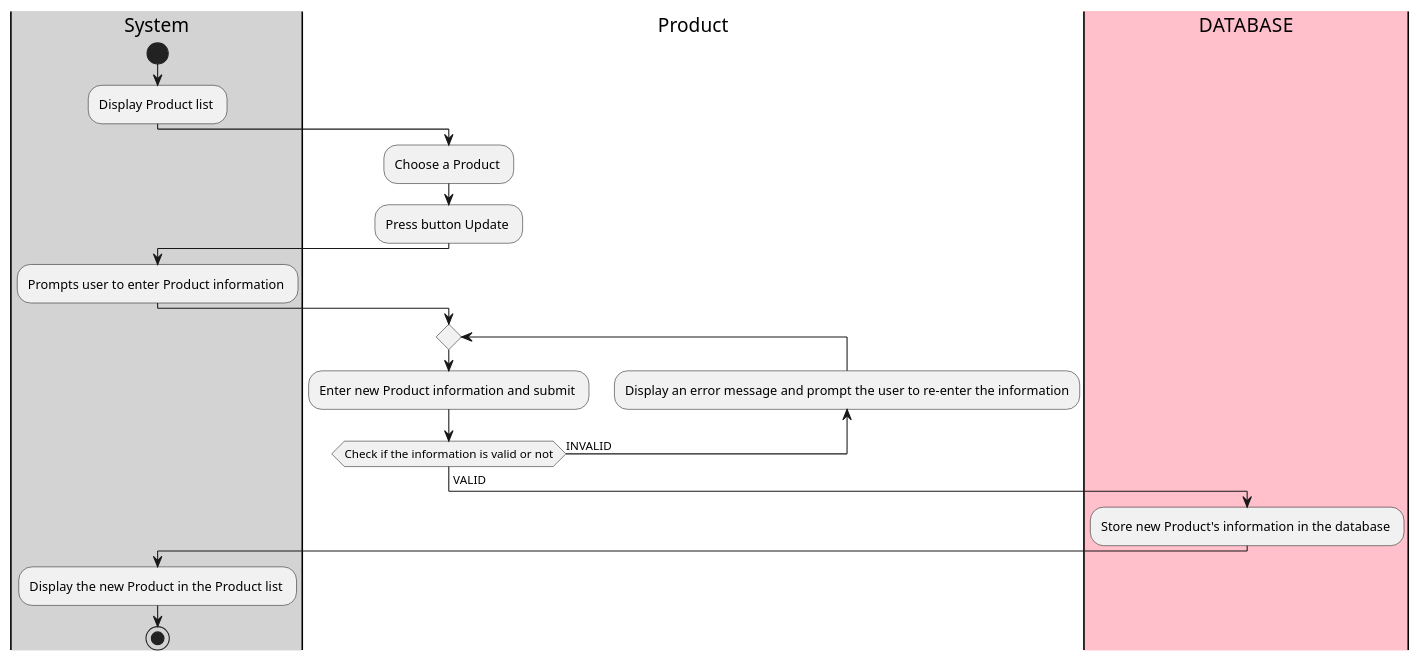
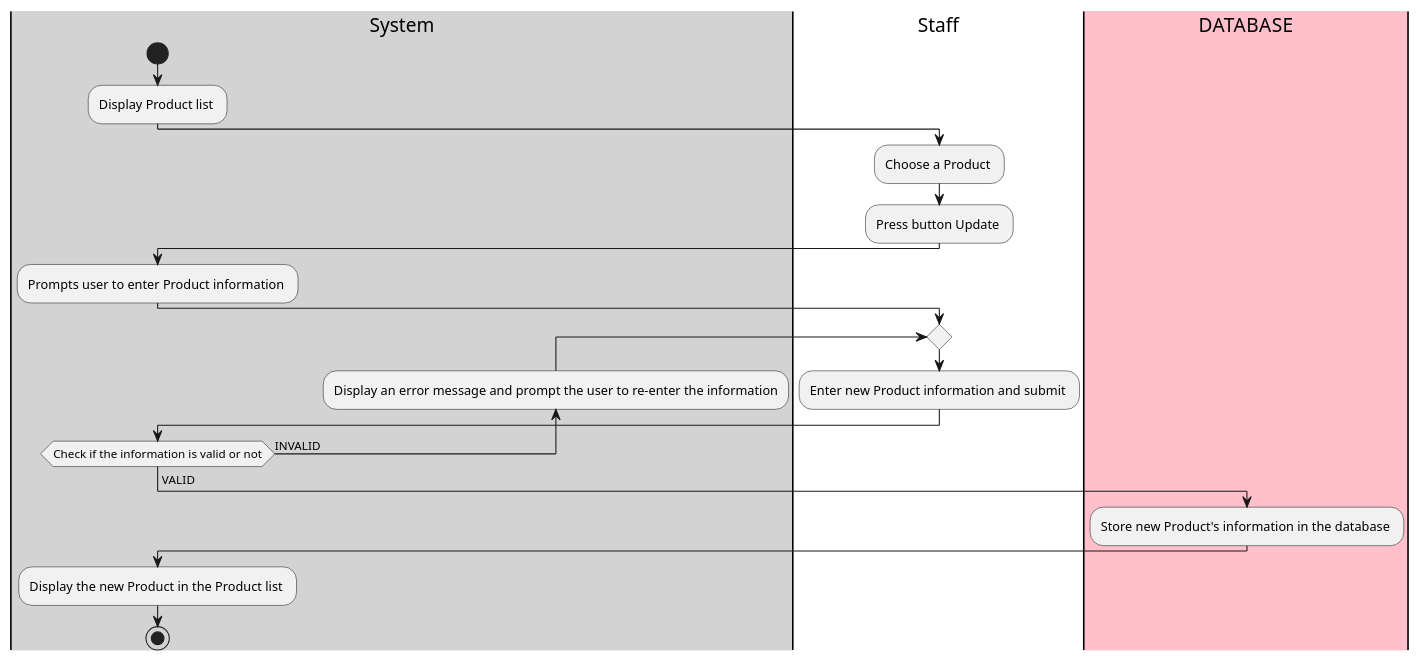
Before and after one commit to thanhLoc1087/SE357-Pratice-class: the diagram in Lab1.2/Activity/code/modify_product.puml, drawn with PlantUML. The commit also changed 7 other files, not shown here.

```diff
--- a/Lab1.2/Activity/code/modify_product.puml
+++ b/Lab1.2/Activity/code/modify_product.puml
@@ -1,23 +1,24 @@
 @startuml
 
 |#lightgray|System|
 start
 :Display Product list ;
-|#White|Product|
+|#White|Staff|
 :Choose a Product ;
 :Press button Update ;
 |#lightgray|System|
 :Prompts user to enter Product information ;
-|#White|Product|
+|#White|Staff|
 repeat
   :Enter new Product information and submit ;
+  |#lightgray|System|
 backward:Display an error message and prompt the user to re-enter the information;
 repeat while (Check if the information is valid or not) is (INVALID)
 -> VALID;
 |#pink|DATABASE|
 :Store new Product's information in the database ; 
 |#lightgray|System|
 :Display the new Product in the Product list ;
 stop
 
 @enduml
```
